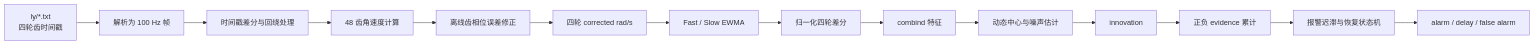
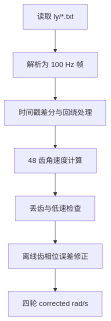
Before and after one commit to dinnnnnner/dxb: the second of 6 diagrams in wheel_cog_outputs/FAST_ALARM_ALGORITHM.md, drawn with Mermaid. The commit also changed other lines of this file, not shown here.

Commit message:
Split algorithm flow into vertical diagrams

````diff
--- a/wheel_cog_outputs/FAST_ALARM_ALGORITHM.md
+++ b/wheel_cog_outputs/FAST_ALARM_ALGORITHM.md
@@ -58,16 +70,9 @@
 ```mermaid
-flowchart LR
-    A[ly/*.txt<br/>四轮齿时间戳] --> B[解析为 100 Hz 帧]
+flowchart TD
+    A[读取 ly/*.txt] --> B[解析为 100 Hz 帧]
     B --> C[时间戳差分与回绕处理]
     C --> D[48 齿角速度计算]
-    D --> E[离线齿相位误差修正]
-    E --> F[四轮 corrected rad/s]
-    F --> G[Fast / Slow EWMA]
-    G --> H[归一化四轮差分]
-    H --> I[combind 特征]
-    I --> J[动态中心与噪声估计]
-    J --> K[innovation]
-    K --> L[正负 evidence 累计]
-    L --> M[报警迟滞与恢复状态机]
-    M --> N[alarm / delay / false alarm]
+    D --> E[丢齿与低速检查]
+    E --> F[离线齿相位误差修正]
+    F --> G[四轮 corrected rad/s]
 ```
````
